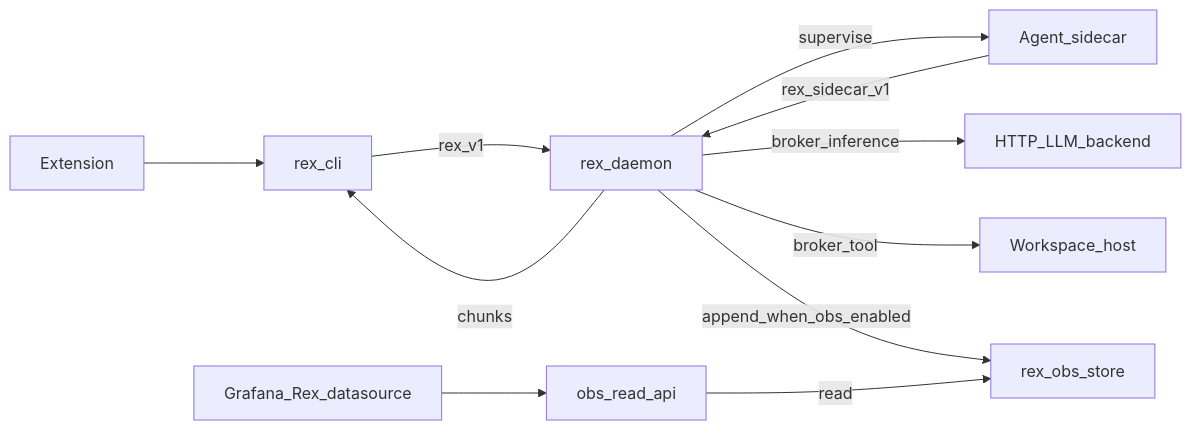
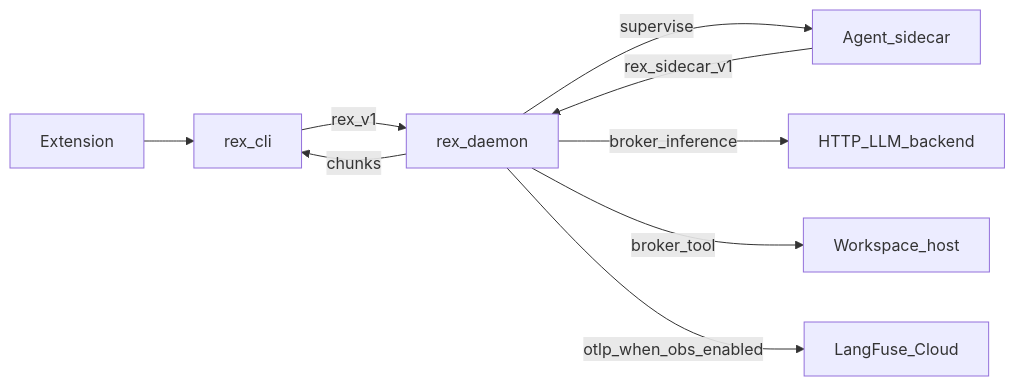
Before and after one commit to thsfranca/rex: the diagram in docs/MVP_SPEC.md, drawn with Mermaid. The commit also changed other lines of this file and 20 other files, not shown here.

First line of the commit message:
docs: pivot observability roadmap to LangFuse Cloud (#293)

````diff
--- a/docs/MVP_SPEC.md
+++ b/docs/MVP_SPEC.md
@@ -31,22 +31,18 @@
 ```mermaid
 flowchart LR
   IDE[Extension]
   CLI[rex_cli]
   Daemon[rex_daemon]
   Sidecar[Agent_sidecar]
   LLM[HTTP_LLM_backend]
   Host[Workspace_host]
-  Store[rex_obs_store]
-  ReadApi[obs_read_api]
-  Grafana[Grafana_Rex_datasource]
+  LangFuse[LangFuse_Cloud]
   IDE --> CLI
   CLI -->|rex_v1| Daemon
   Daemon -->|supervise| Sidecar
   Sidecar -->|rex_sidecar_v1| Daemon
   Daemon -->|broker_inference| LLM
   Daemon -->|broker_tool| Host
   Daemon -->|chunks| CLI
-  Daemon -->|append_when_obs_enabled| Store
-  ReadApi -->|read| Store
-  Grafana --> ReadApi
+  Daemon -->|otlp_when_obs_enabled| LangFuse
 ```
````
